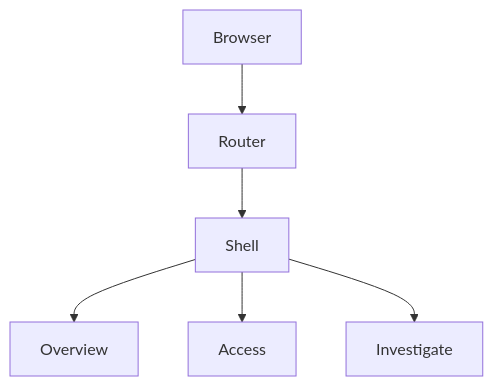
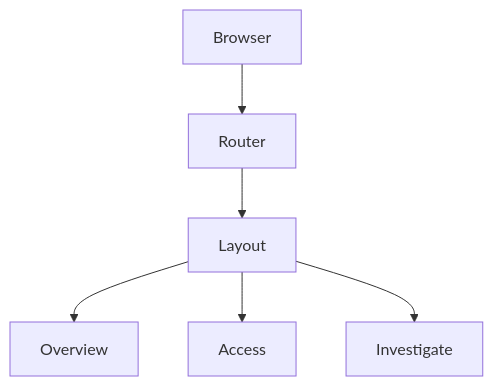
One commit to fagnermourafeitosa/chokepoint-admin changed the diagram in specs/001-2026-10-24-admin-shell.md. Above: the diagram before and after it, drawn with Mermaid. The commit also changed other lines of this file and 18 other files, not shown here.

````diff
--- a/specs/001-2026-10-24-admin-shell.md
+++ b/specs/001-2026-10-24-admin-shell.md
@@ -35,8 +35,8 @@
 ```mermaid
 flowchart TD
     Browser --> Router
-    Router --> Shell
-    Shell --> Overview
-    Shell --> Access
-    Shell --> Investigate
+    Router --> Layout
+    Layout --> Overview
+    Layout --> Access
+    Layout --> Investigate
 ```
````
